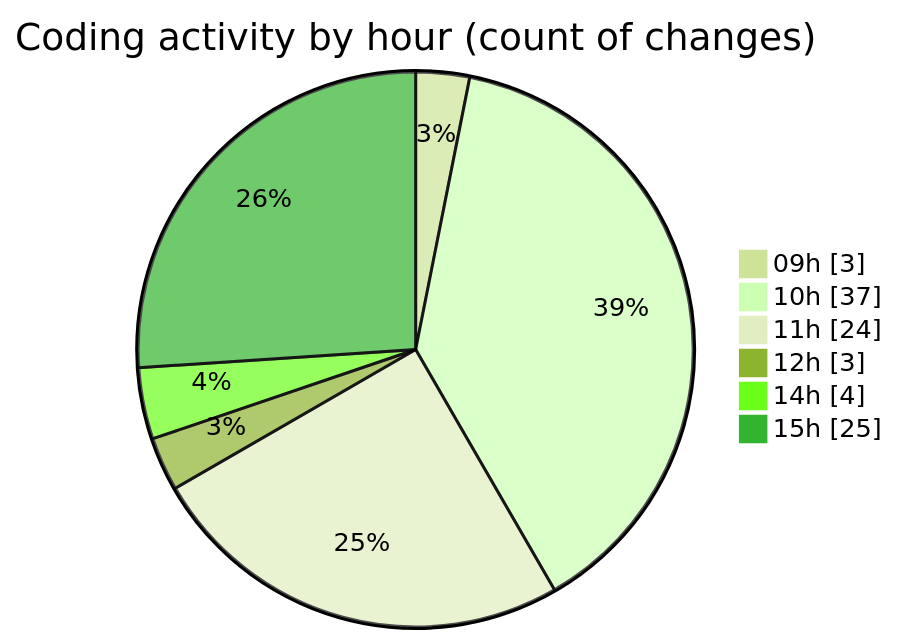
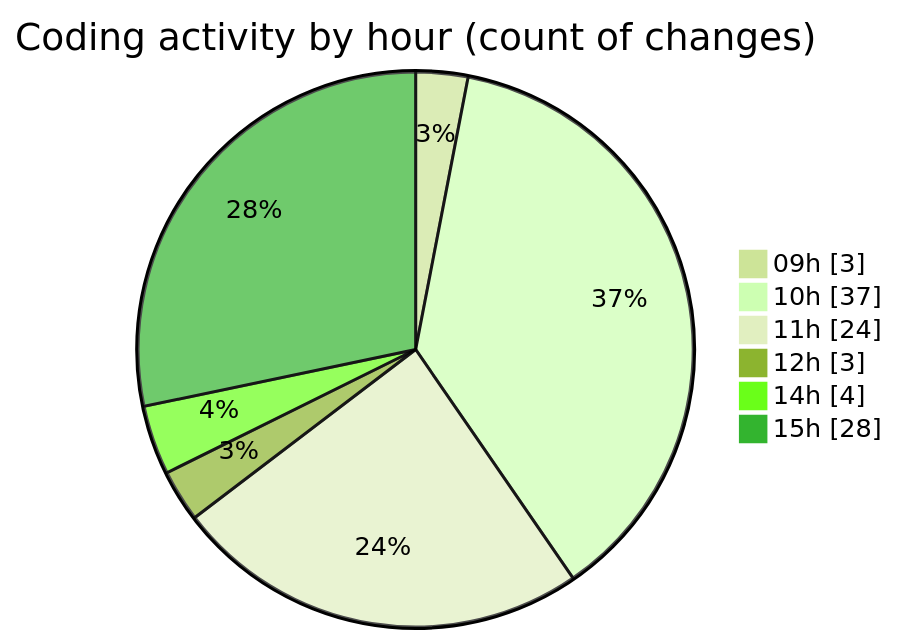
Before and after one commit to CELIANVF/code-tracking: the second of 2 diagrams in 2025-05-02/ecodeli/README.md, drawn with Mermaid (forest theme). The commit also changed other lines of this file and 1 other file, not shown here.

````diff
--- a/2025-05-02/ecodeli/README.md
+++ b/2025-05-02/ecodeli/README.md
@@ -74,10 +77,10 @@
 ```mermaid
 pie showData
 title Coding activity by hour (count of changes)
 "09h" : 3
 "10h" : 37
 "11h" : 24
 "12h" : 3
 "14h" : 4
-"15h" : 25
+"15h" : 28
 ```
````
